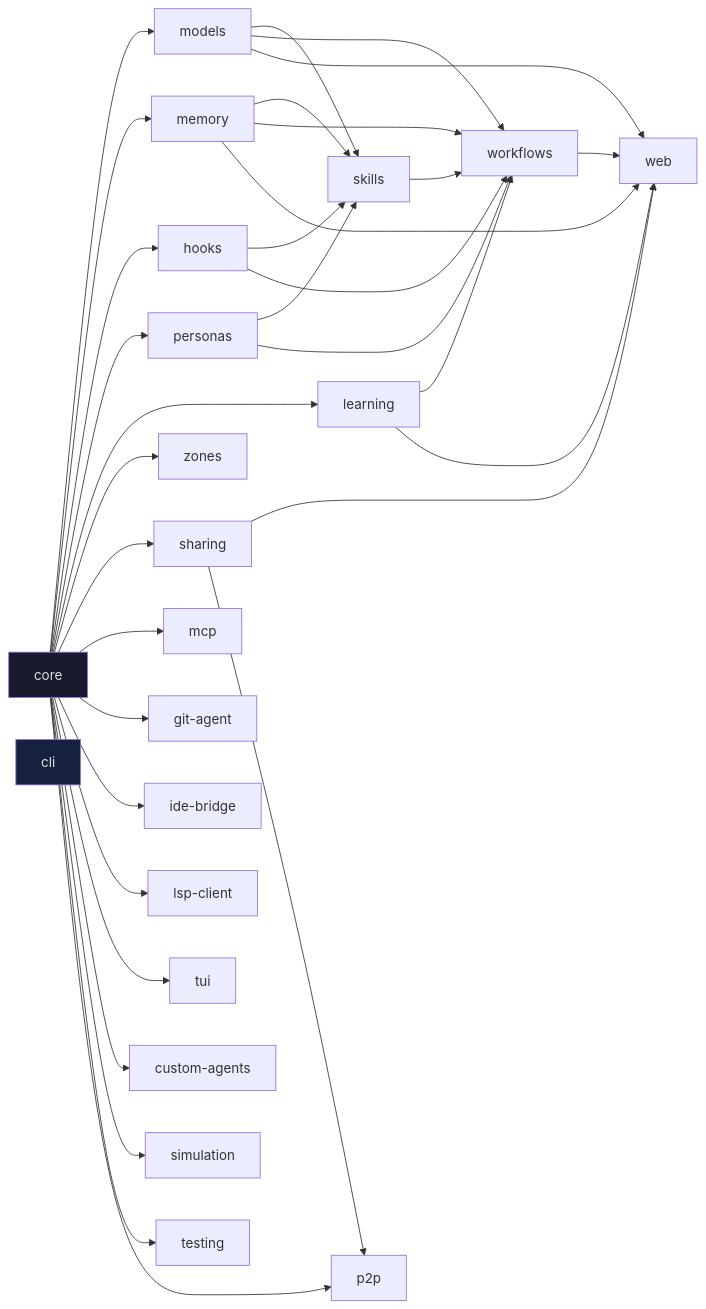
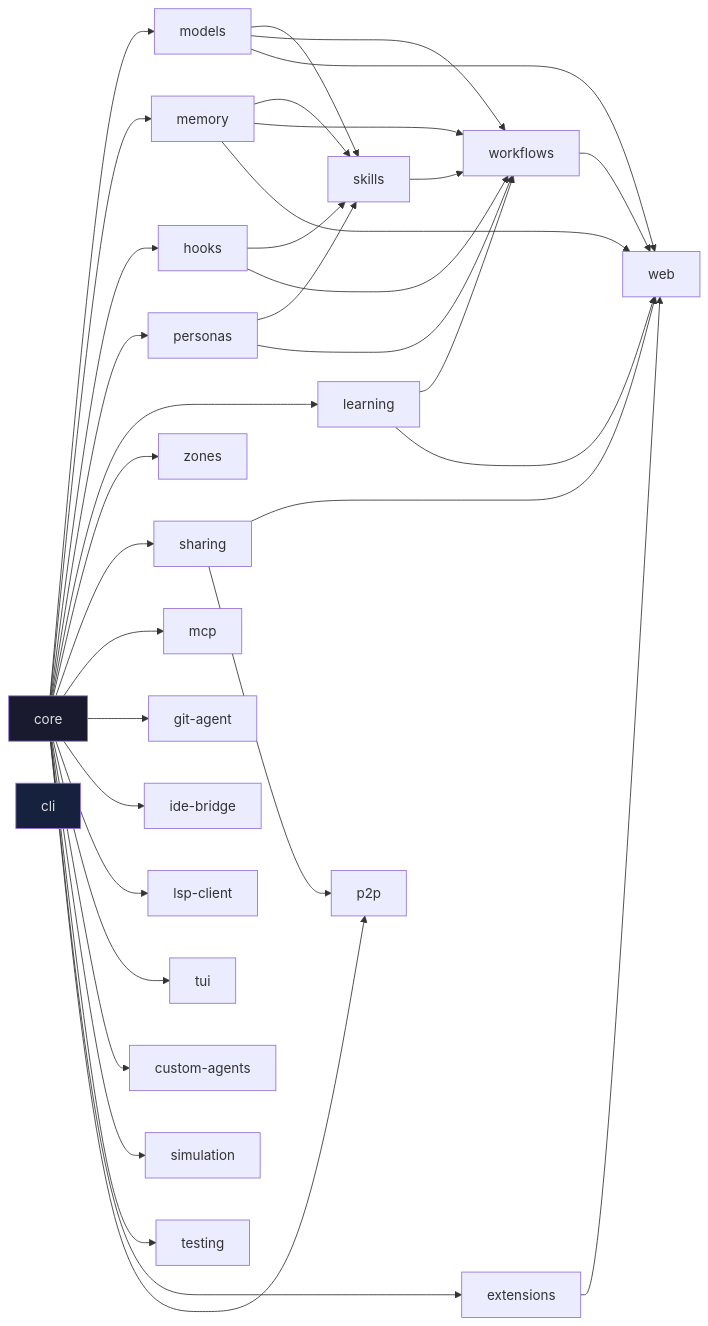
The second of 9 diagrams in docs/architecture.md (danieldear/agent007), drawn with Mermaid before and after one commit. The commit also changed other lines of this file and 73 other files, not shown here.

````diff
--- a/docs/architecture.md
+++ b/docs/architecture.md
@@ -78,43 +78,45 @@
 ```mermaid
 graph LR
     core --> models
     core --> memory
     core --> hooks
     core --> personas
     core --> learning
     core --> zones
     core --> sharing
 
     memory --> skills
     models --> skills
     personas --> skills
     hooks --> skills
 
     skills --> workflows
     memory --> workflows
     models --> workflows
     hooks --> workflows
     learning --> workflows
     personas --> workflows
 
     core --> mcp
     core --> git-agent
     core --> ide-bridge
     core --> lsp-client
     core --> tui
     core --> custom-agents
     core --> simulation
     core --> testing
+    core --> extensions
 
     workflows --> web
     memory --> web
     models --> web
     sharing --> web
     learning --> web
+    extensions --> web
 
     sharing --> p2p
     core --> p2p
 
     style core fill:#1a1a2e,color:#e0e0e0
     style cli fill:#16213e,color:#e0e0e0
 ```
````
